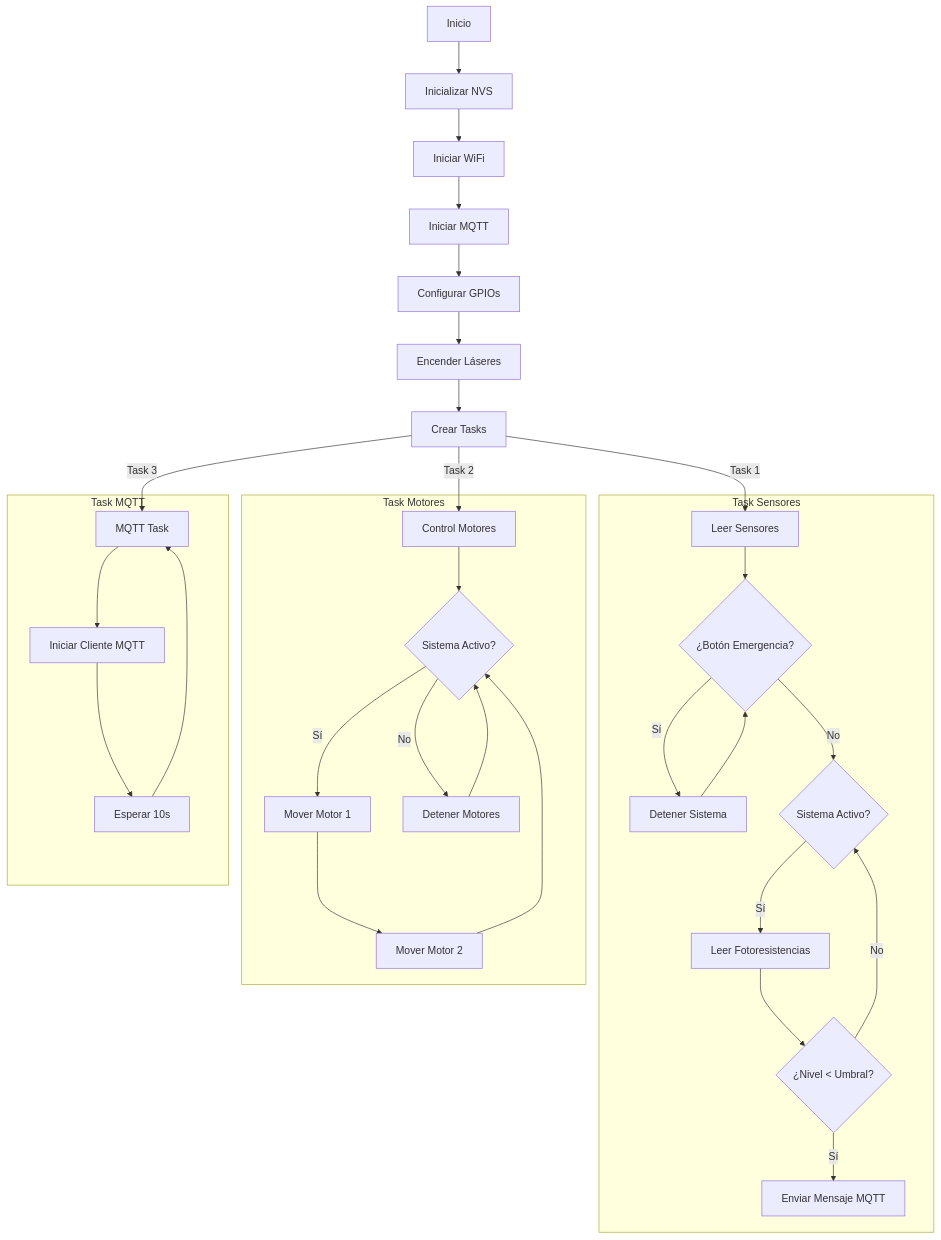
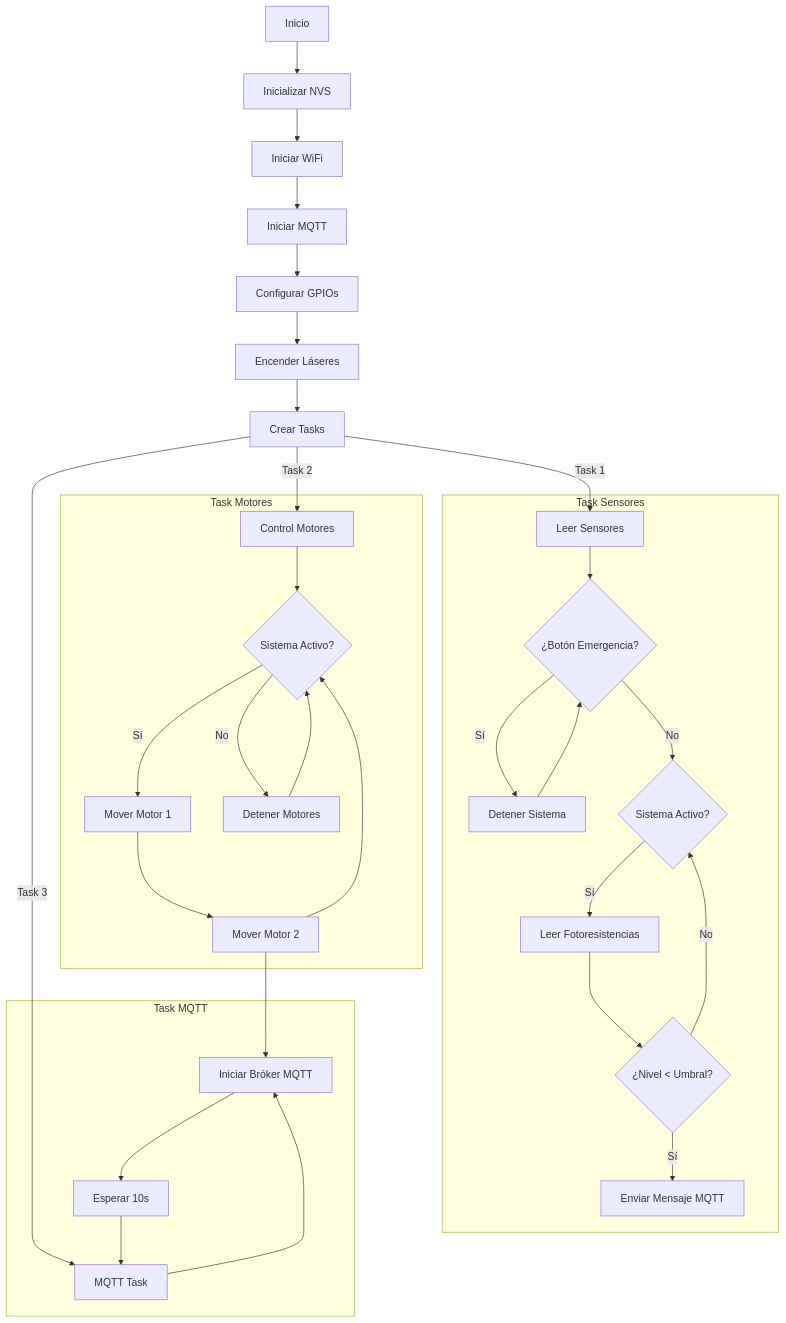
Before and after one commit to Mate0Castro/Cinta-Transportadora: the diagram in INFORME.md/4- DIAGRAMA DE FLUJO.md, drawn with Mermaid.

Commit message:
Update 4- DIAGRAMA DE FLUJO.md

````diff
--- a/INFORME.md/4- DIAGRAMA DE FLUJO.md
+++ b/INFORME.md/4- DIAGRAMA DE FLUJO.md
@@ -2,39 +2,40 @@
 ```mermaid
 flowchart TD
     A[Inicio] --> B[Inicializar NVS]
     B --> C[Iniciar WiFi]
     C --> D[Iniciar MQTT]
     D --> E[Configurar GPIOs]
     E --> F[Encender Láseres]
     F --> G[Crear Tasks]
 
     G -->|Task 1| H[Leer Sensores]
     G -->|Task 2| I[Control Motores]
     G -->|Task 3| J[MQTT Task]
 
     subgraph "Task Sensores"
         H --> K{¿Botón Emergencia?}
         K -->|Sí| L[Detener Sistema]
         K -->|No| M{Sistema Activo?}
         M -->|Sí| N[Leer Fotoresistencias]
         N --> O{¿Nivel < Umbral?}
         O -->|Sí| P[Enviar Mensaje MQTT]
         O -->|No| M
         L --> K
     end
 
     subgraph "Task Motores"
         I --> Q{Sistema Activo?}
         Q -->|Sí| R[Mover Motor 1]
         R --> S[Mover Motor 2]
         S --> Q
         Q -->|No| T[Detener Motores]
         T --> Q
     end
 
     subgraph "Task MQTT"
         J --> U[Iniciar Cliente MQTT]
+        S --> U[Iniciar Bróker MQTT]
         U --> V[Esperar 10s]
         V --> J
     end
 ```
````
